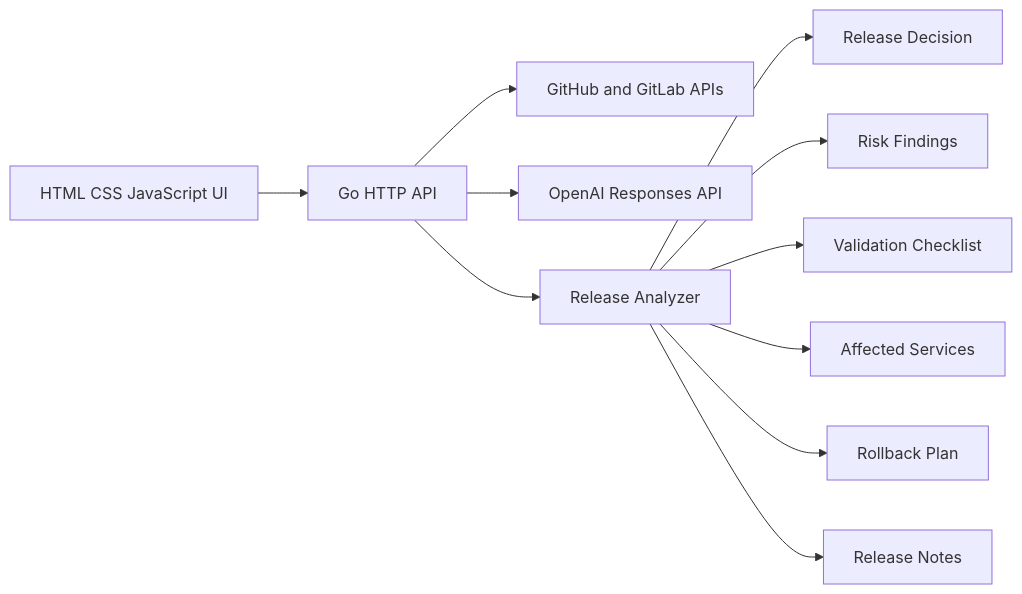
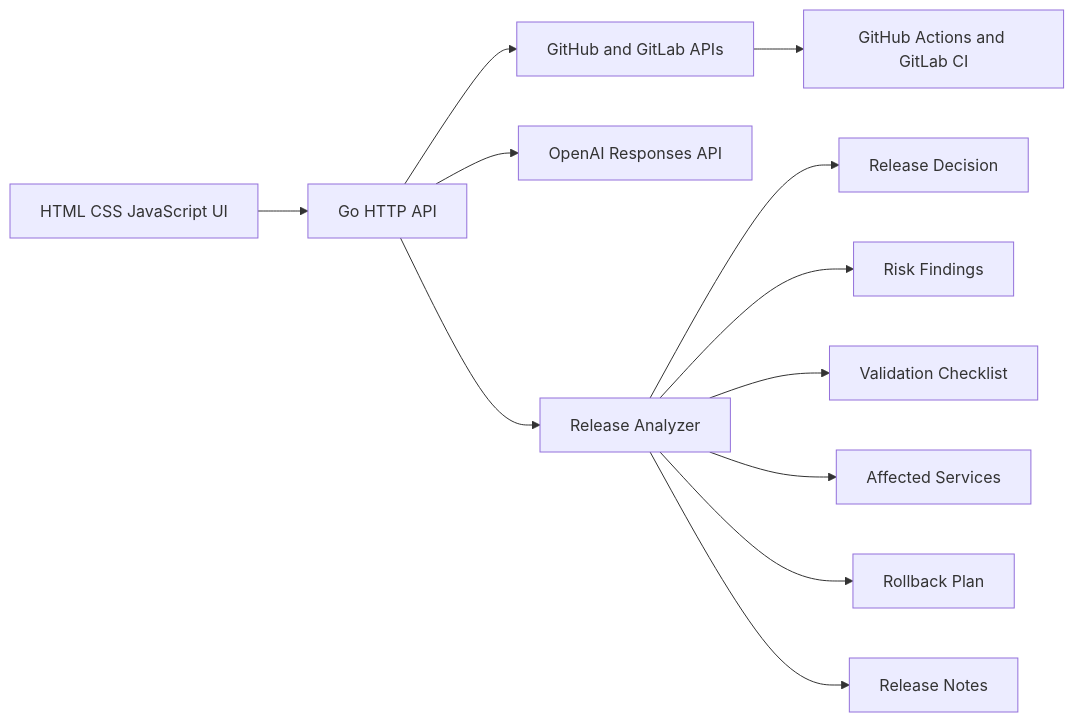
One commit to gaurangkudale/ReleasePilot changed the second of 2 diagrams in README.md. Above: the diagram before and after it, drawn with Mermaid. The commit also changed other lines of this file and 8 other files, not shown here.

````diff
--- a/README.md
+++ b/README.md
@@ -46,13 +50,14 @@
 ```mermaid
 flowchart LR
     UI[HTML CSS JavaScript UI] --> API[Go HTTP API]
     API --> Providers[GitHub and GitLab APIs]
+    Providers --> CI[GitHub Actions and GitLab CI]
     API --> OpenAI[OpenAI Responses API]
     API --> Analyzer[Release Analyzer]
     Analyzer --> Decision[Release Decision]
     Analyzer --> Risks[Risk Findings]
     Analyzer --> Checks[Validation Checklist]
     Analyzer --> Impact[Affected Services]
     Analyzer --> Rollback[Rollback Plan]
     Analyzer --> Notes[Release Notes]
 ```
````
